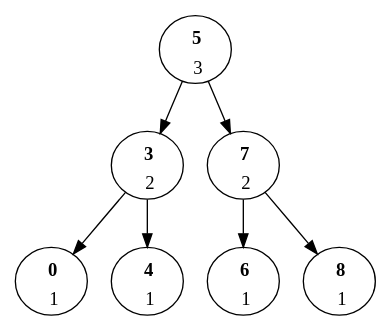
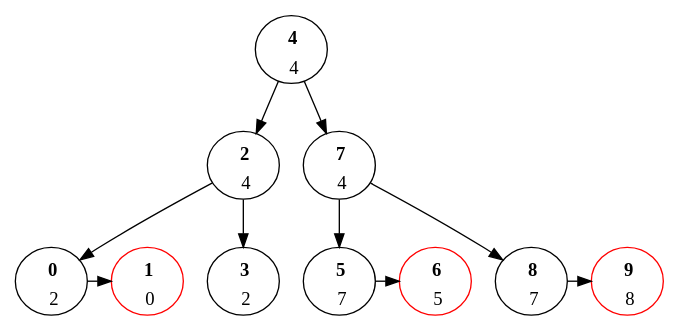
Before and after one commit to cassepipe/map: the diagram in tree1.dot, drawn with Graphviz. The commit also changed 3 other files, not shown here.

```diff
--- a/tree1.dot
+++ b/tree1.dot
@@ -1,17 +1,29 @@
 digraph {
 
-	5 [label=< <b>5</b><br/> <sub>3</sub>>]
-	5 -> 3
+	4 [label=< <b>4</b><br/> <sub>4</sub>>]
+	4 -> 2
+	2 [label=< <b>2</b><br/> <sub>4</sub>>]
+	2 -> 0
+	0 [label=< <b>0</b><br/> <sub>2</sub>>]
+	{rank=same; 0; 1}
+	1 [color=red]
+	0 -> 1
+	1 [label=< <b>1</b><br/> <sub>0</sub>>]
+	2 -> 3
 	3 [label=< <b>3</b><br/> <sub>2</sub>>]
-	3 -> 0
-	0 [label=< <b>0</b><br/> <sub>1</sub>>]
-	3 -> 4
-	4 [label=< <b>4</b><br/> <sub>1</sub>>]
-	5 -> 7
-	7 [label=< <b>7</b><br/> <sub>2</sub>>]
-	7 -> 6
-	6 [label=< <b>6</b><br/> <sub>1</sub>>]
+	4 -> 7
+	7 [label=< <b>7</b><br/> <sub>4</sub>>]
+	7 -> 5
+	5 [label=< <b>5</b><br/> <sub>7</sub>>]
+	{rank=same; 5; 6}
+	6 [color=red]
+	5 -> 6
+	6 [label=< <b>6</b><br/> <sub>5</sub>>]
 	7 -> 8
-	8 [label=< <b>8</b><br/> <sub>1</sub>>]
+	8 [label=< <b>8</b><br/> <sub>7</sub>>]
+	{rank=same; 8; 9}
+	9 [color=red]
+	8 -> 9
+	9 [label=< <b>9</b><br/> <sub>8</sub>>]
 	
 }
```
